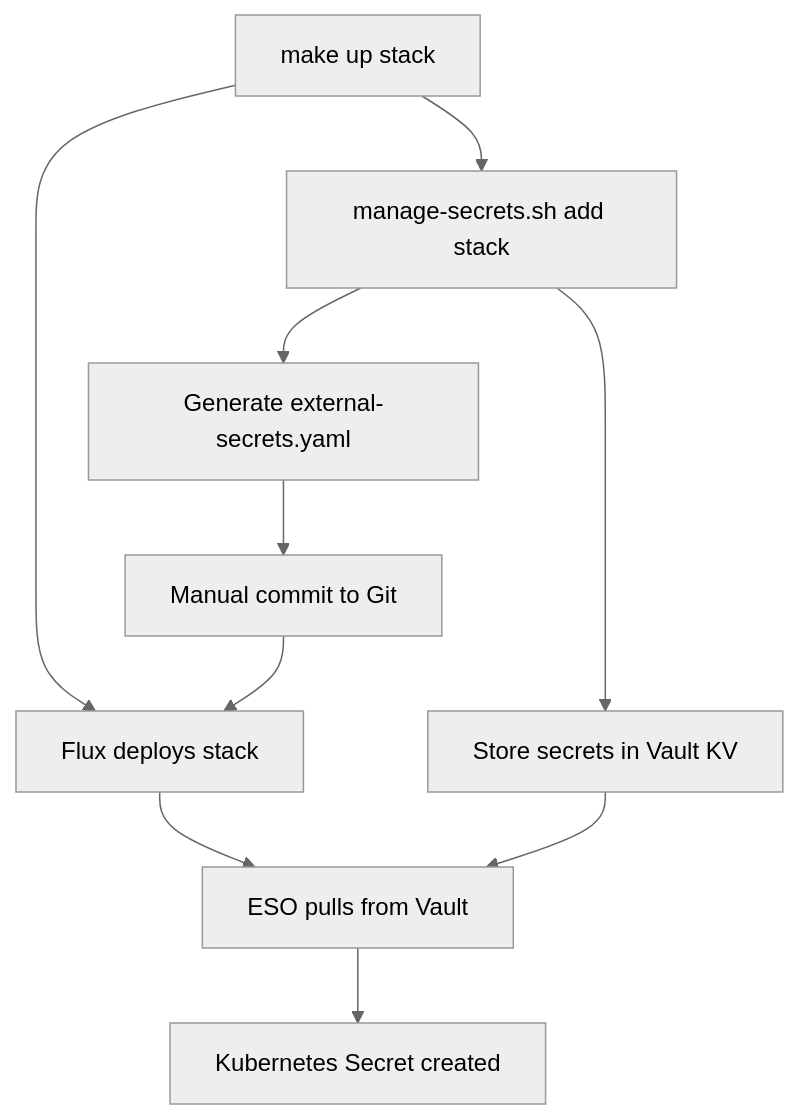
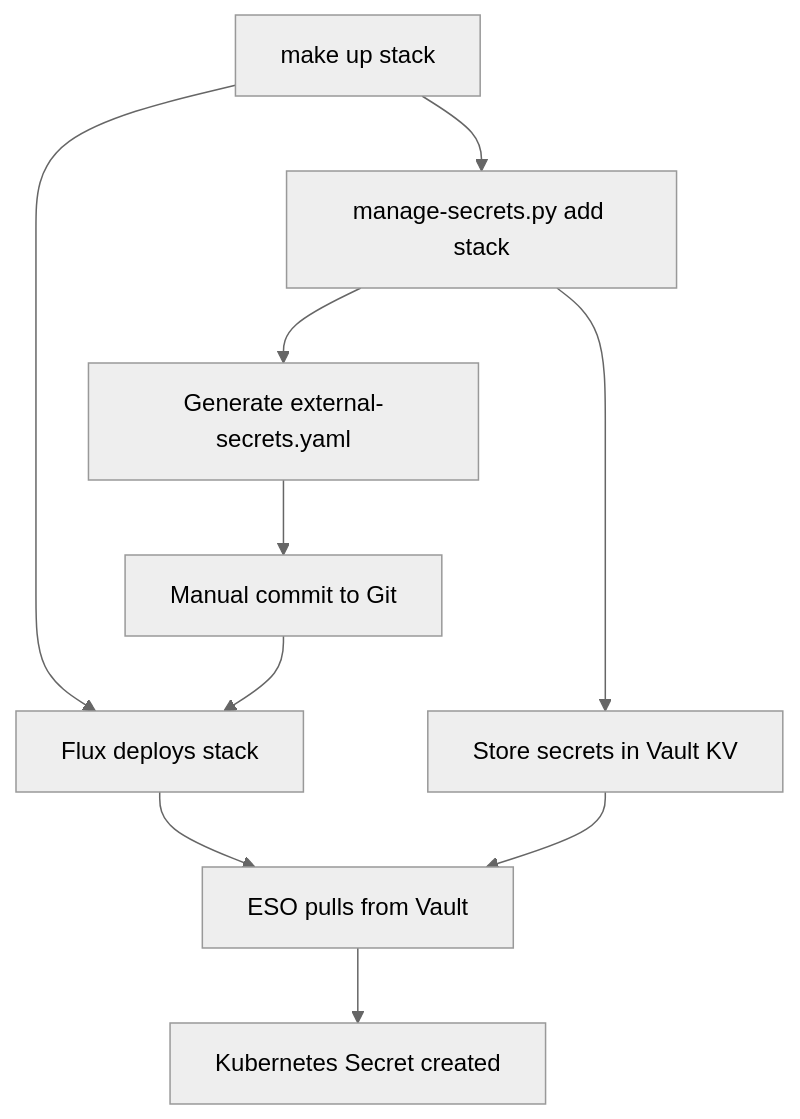
The diagram in docs/adr/014-vault-integrated-secret-management-architecture.md (danielscholl-osdu/hostk8s), drawn with Mermaid (neutral theme) before and after one commit. The commit also changed other lines of this file and 8 other files, not shown here.

````diff
--- a/docs/adr/014-vault-integrated-secret-management-architecture.md
+++ b/docs/adr/014-vault-integrated-secret-management-architecture.md
@@ -52,12 +52,12 @@
 ```mermaid
 graph TD
-    A[make up stack] --> B[manage-secrets.sh add stack]
+    A[make up stack] --> B[manage-secrets.py add stack]
     B --> C[Store secrets in Vault KV]
     B --> D[Generate external-secrets.yaml]
     D --> E[Manual commit to Git]
     A --> F[Flux deploys stack]
     E --> F
     F --> G[ESO pulls from Vault]
     C --> G
     G --> H[Kubernetes Secret created]
 ```
````
